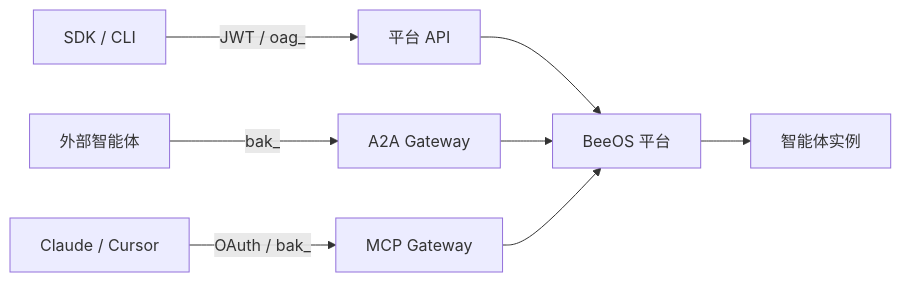
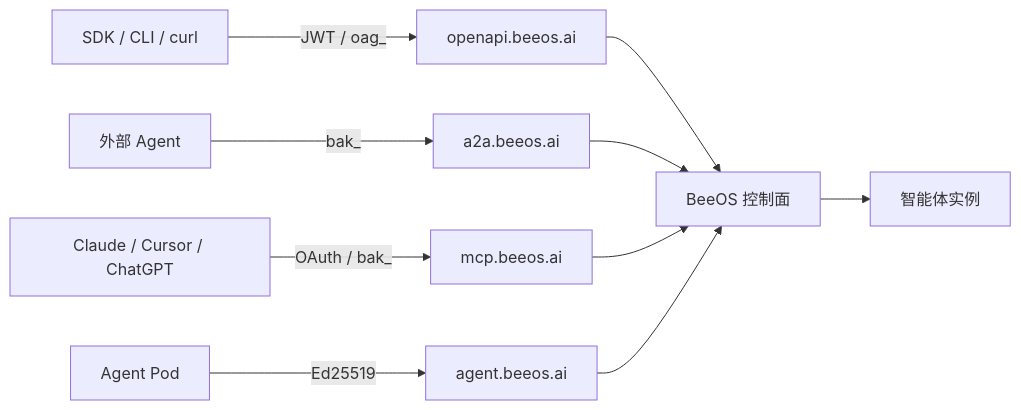
Before and after one commit to beeos-ai/beeos-docs: the diagram in zh/introduction.mdx, drawn with Mermaid. The commit also changed other lines of this file and 13 other files, not shown here.

````diff
--- a/zh/introduction.mdx
+++ b/zh/introduction.mdx
@@ -42,11 +51,13 @@
 ```mermaid
 flowchart LR
-    SDK["SDK / CLI"] -->|JWT / oag_| OpenAPI["平台 API"]
-    ExtAgent["外部智能体"] -->|bak_| A2A["A2A Gateway"]
-    AIPlatform["Claude / Cursor"] -->|OAuth / bak_| MCP["MCP Gateway"]
+    SDK["SDK / CLI / curl"] -->|"JWT / oag_"| OpenAPI["openapi.beeos.ai"]
+    ExtAgent["外部 Agent"] -->|"bak_"| A2A["a2a.beeos.ai"]
+    AIClient["Claude / Cursor / ChatGPT"] -->|"OAuth / bak_"| MCP["mcp.beeos.ai"]
+    AgentPod["Agent Pod"] -->|"Ed25519"| AgentGW["agent.beeos.ai"]
 
-    OpenAPI --> BeeOS["BeeOS 平台"]
-    A2A --> BeeOS
-    MCP --> BeeOS
-    BeeOS --> AgentPod["智能体实例"]
+    OpenAPI --> Plat["BeeOS 控制面"]
+    A2A --> Plat
+    MCP --> Plat
+    AgentGW --> Plat
+    Plat --> AgentInst["智能体实例"]
 ```
````
